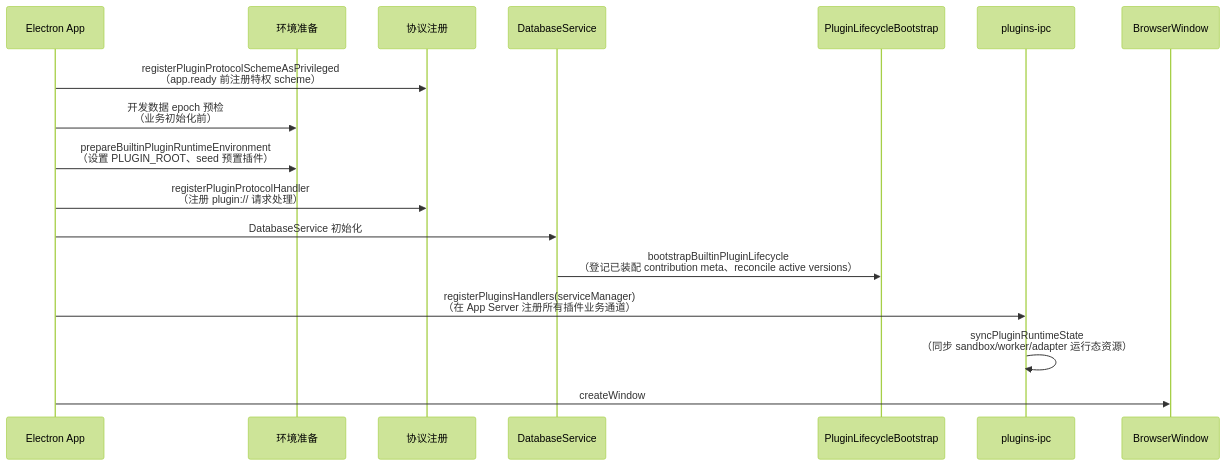
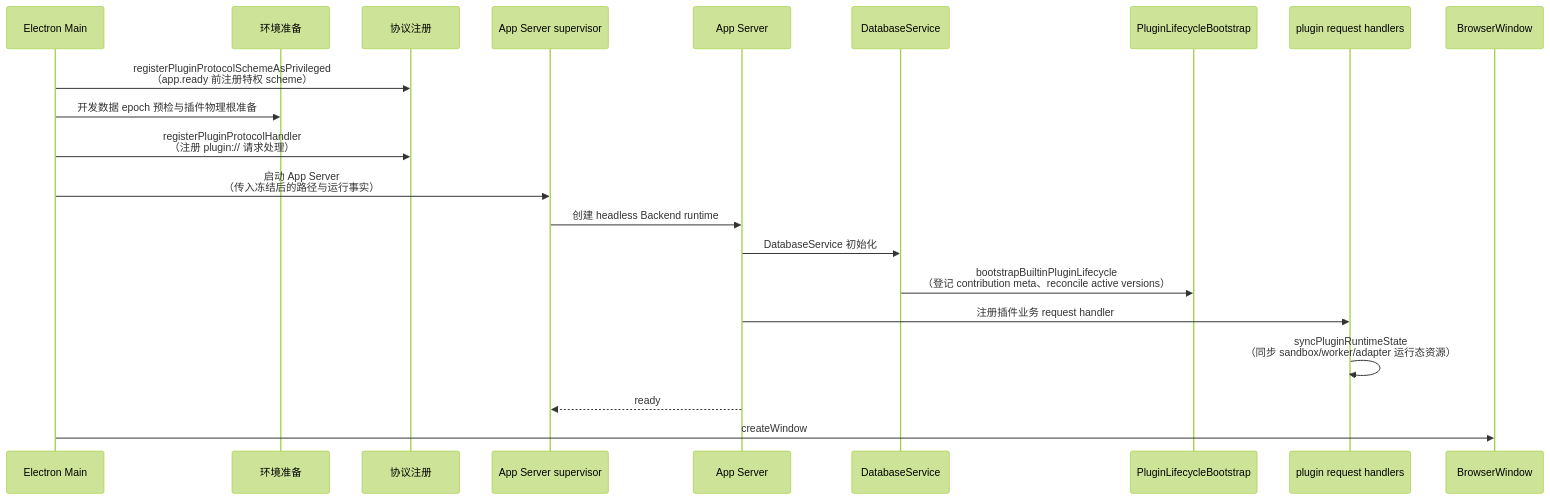
The third of 6 diagrams in docs/plugins/architecture.md (linnlabs/linnya), drawn with Mermaid (forest theme) before and after one commit. The commit also changed other lines of this file and 18 other files, not shown here.

````diff
--- a/docs/plugins/architecture.md
+++ b/docs/plugins/architecture.md
@@ -114,20 +130,24 @@
 ```mermaid
 sequenceDiagram
-    participant App as Electron App
+    participant Main as Electron Main
     participant Env as 环境准备
     participant Protocol as 协议注册
+    participant Supervisor as App Server supervisor
+    participant Backend as App Server
     participant DB as DatabaseService
     participant Bootstrap as PluginLifecycleBootstrap
-    participant IPC as plugins-ipc
+    participant Requests as plugin request handlers
     participant Window as BrowserWindow
 
-    App->>Protocol: registerPluginProtocolSchemeAsPrivileged<br/>（app.ready 前注册特权 scheme）
-    App->>Env: 开发数据 epoch 预检<br/>（业务初始化前）
-    App->>Env: prepareBuiltinPluginRuntimeEnvironment<br/>（设置 PLUGIN_ROOT、seed 预置插件）
-    App->>Protocol: registerPluginProtocolHandler<br/>（注册 plugin:// 请求处理）
-    App->>DB: DatabaseService 初始化
-    DB->>Bootstrap: bootstrapBuiltinPluginLifecycle<br/>（登记已装配 contribution meta、reconcile active versions）
-    App->>IPC: registerPluginsHandlers(serviceManager)<br/>（在 App Server 注册所有插件业务通道）
-    IPC->>IPC: syncPluginRuntimeState<br/>（同步 sandbox/worker/adapter 运行态资源）
-    App->>Window: createWindow
+    Main->>Protocol: registerPluginProtocolSchemeAsPrivileged<br/>（app.ready 前注册特权 scheme）
+    Main->>Env: 开发数据 epoch 预检与插件物理根准备
+    Main->>Protocol: registerPluginProtocolHandler<br/>（注册 plugin:// 请求处理）
+    Main->>Supervisor: 启动 App Server<br/>（传入冻结后的路径与运行事实）
+    Supervisor->>Backend: 创建 headless Backend runtime
+    Backend->>DB: DatabaseService 初始化
+    DB->>Bootstrap: bootstrapBuiltinPluginLifecycle<br/>（登记 contribution meta、reconcile active versions）
+    Backend->>Requests: 注册插件业务 request handler
+    Requests->>Requests: syncPluginRuntimeState<br/>（同步 sandbox/worker/adapter 运行态资源）
+    Backend-->>Supervisor: ready
+    Main->>Window: createWindow
 ```
````
